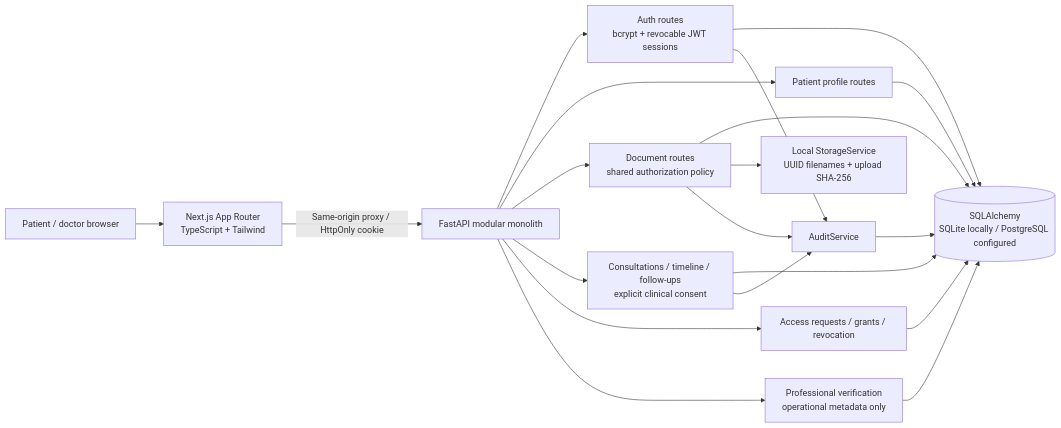
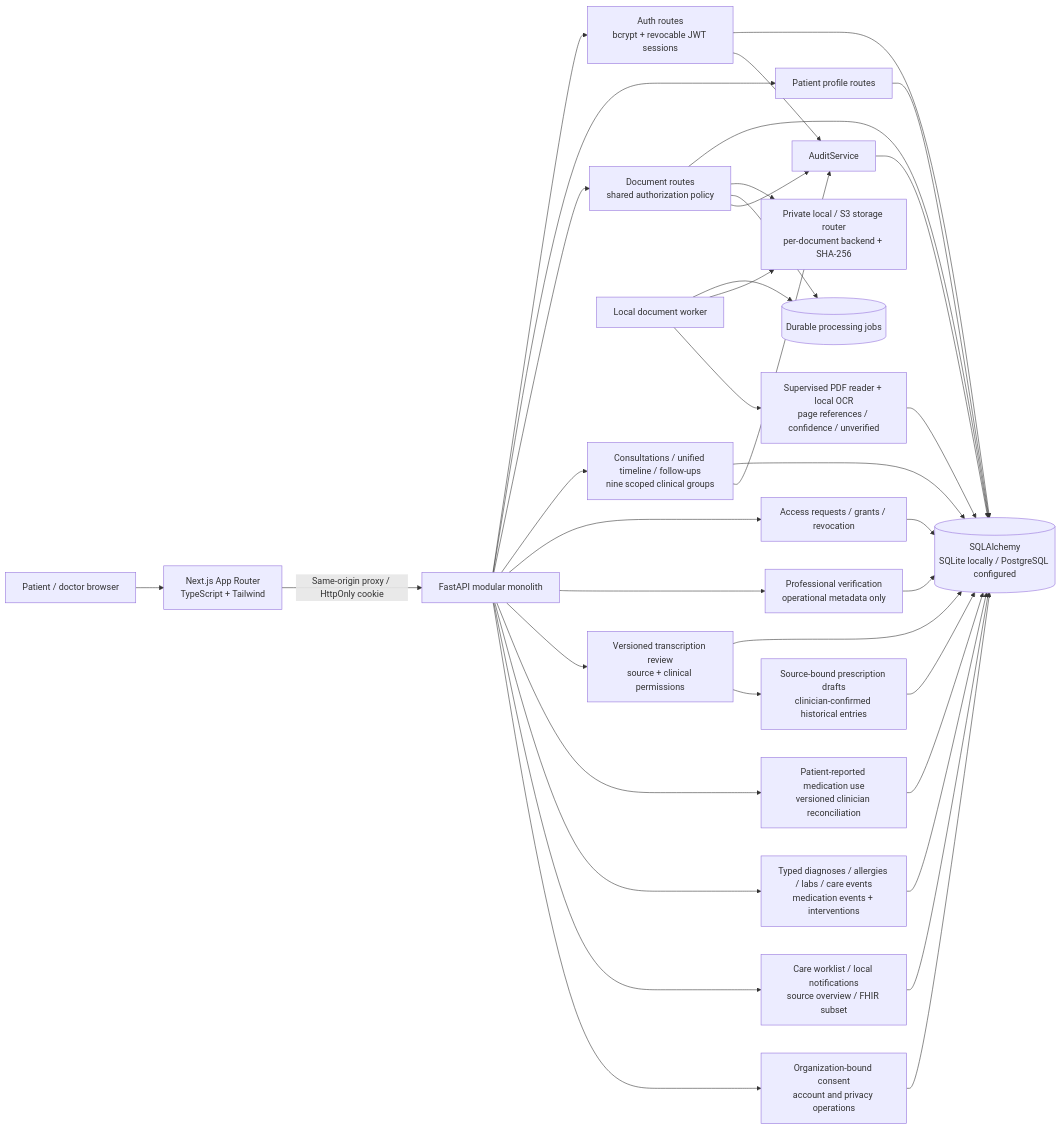
The second of 4 diagrams in docs/ARCHITECTURE.md (Tanish3115/CareGap), drawn with Mermaid before and after one commit. The commit also changed other lines of this file and 292 other files, not shown here.

````diff
--- a/docs/ARCHITECTURE.md
+++ b/docs/ARCHITECTURE.md
@@ -9,22 +42,39 @@
 ```mermaid
 flowchart LR
     U[Patient / doctor browser] --> N[Next.js App Router\nTypeScript + Tailwind]
     N -->|Same-origin proxy / HttpOnly cookie| A[FastAPI modular monolith]
     A --> Auth[Auth routes\nbcrypt + revocable JWT sessions]
     A --> P[Patient profile routes]
     A --> D[Document routes\nshared authorization policy]
-    A --> C[Consultations / timeline / follow-ups\nexplicit clinical consent]
+    A --> C[Consultations / unified timeline / follow-ups\nnine scoped clinical groups]
     C --> DB
     C --> Audit
     A --> Consent[Access requests / grants / revocation]
     A --> Admin[Professional verification\noperational metadata only]
     Consent --> DB
     Admin --> DB
     Auth --> DB[(SQLAlchemy\nSQLite locally / PostgreSQL configured)]
     P --> DB
     D --> DB
-    D --> S[Local StorageService\nUUID filenames + upload SHA-256]
+    D --> S[Private local / S3 storage router\nper-document backend + SHA-256]
+    D --> Jobs[(Durable processing jobs)]
+    W[Local document worker] --> Jobs
+    W --> S
+    W --> Text[Supervised PDF reader + local OCR\npage references / confidence / unverified]
+    Text --> DB
+    A --> Review[Versioned transcription review\nsource + clinical permissions]
+    Review --> DB
+    Review --> Rx[Source-bound prescription drafts\nclinician-confirmed historical entries]
+    Rx --> DB
+    A --> Use[Patient-reported medication use\nversioned clinician reconciliation]
+    Use --> DB
+    A --> Structured[Typed diagnoses / allergies / labs / care events\nmedication events + interventions]
+    Structured --> DB
+    A --> Coordination[Care worklist / local notifications\nsource overview / FHIR subset]
+    Coordination --> DB
+    A --> Operations[Organization-bound consent\naccount and privacy operations]
+    Operations --> DB
     D --> Audit[AuditService]
     Auth --> Audit
     Audit --> DB
 ```
````
